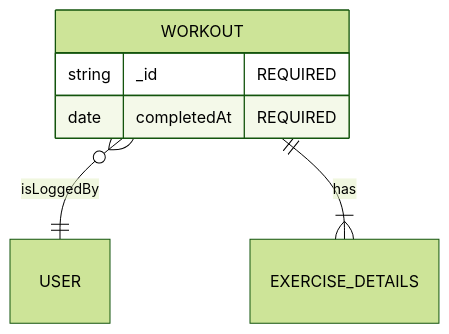
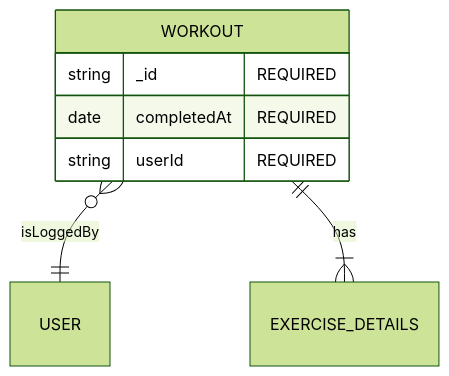
The third of 4 diagrams in README.md (the-papabear/movemf), drawn with Mermaid (forest theme) before and after one commit. The commit also changed other lines of this file, not shown here.

Commit message:
Update User model in the README

````diff
--- a/README.md
+++ b/README.md
@@ -90,9 +96,10 @@
 ```mermaid
   erDiagram
     WORKOUT }o--|| USER : isLoggedBy
     WORKOUT {
       string _id "REQUIRED"
       date completedAt "REQUIRED"
+      string userId "REQUIRED"
     }
     WORKOUT ||--|{ EXERCISE_DETAILS : has
 ```
````
